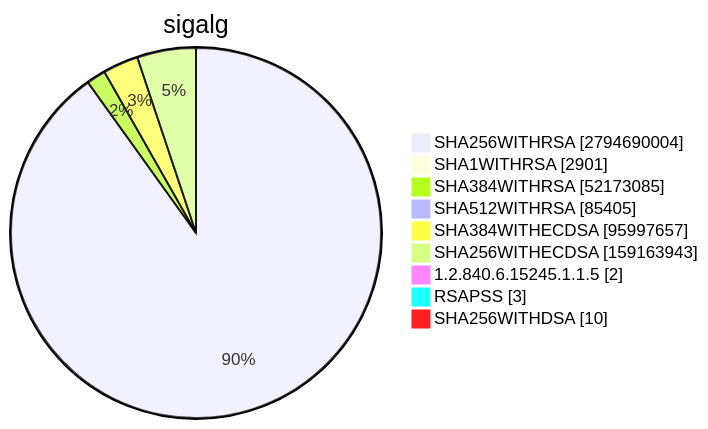
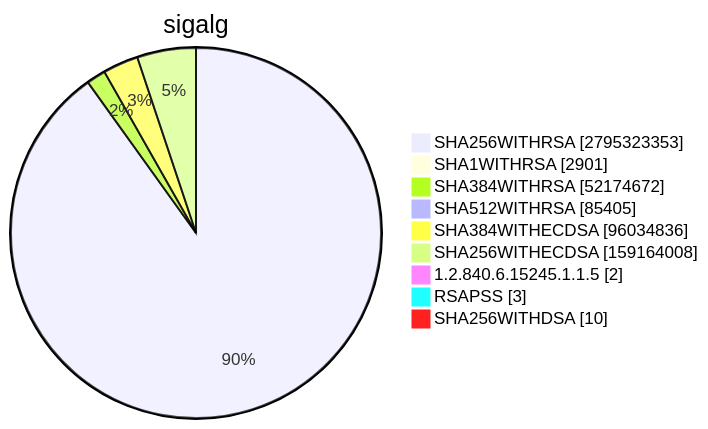
Diagram 15 of 15 in TOTAL/README.md (christiankrug/ctmonitor_visualization), drawn with Mermaid before and after one commit. The commit also changed other lines of this file, not shown here.

````diff
--- a/TOTAL/README.md
+++ b/TOTAL/README.md
@@ -6205,13 +6205,13 @@
 ```mermaid
 pie showData
 title sigalg
-"SHA256WITHRSA" :2794690004
+"SHA256WITHRSA" :2795323353
 "SHA1WITHRSA" :2901
-"SHA384WITHRSA" :52173085
+"SHA384WITHRSA" :52174672
 "SHA512WITHRSA" :85405
-"SHA384WITHECDSA" :95997657
-"SHA256WITHECDSA" :159163943
+"SHA384WITHECDSA" :96034836
+"SHA256WITHECDSA" :159164008
 "1.2.840.6.15245.1.1.5" :2
 "RSAPSS" :3
 "SHA256WITHDSA" :10
 ```
````
